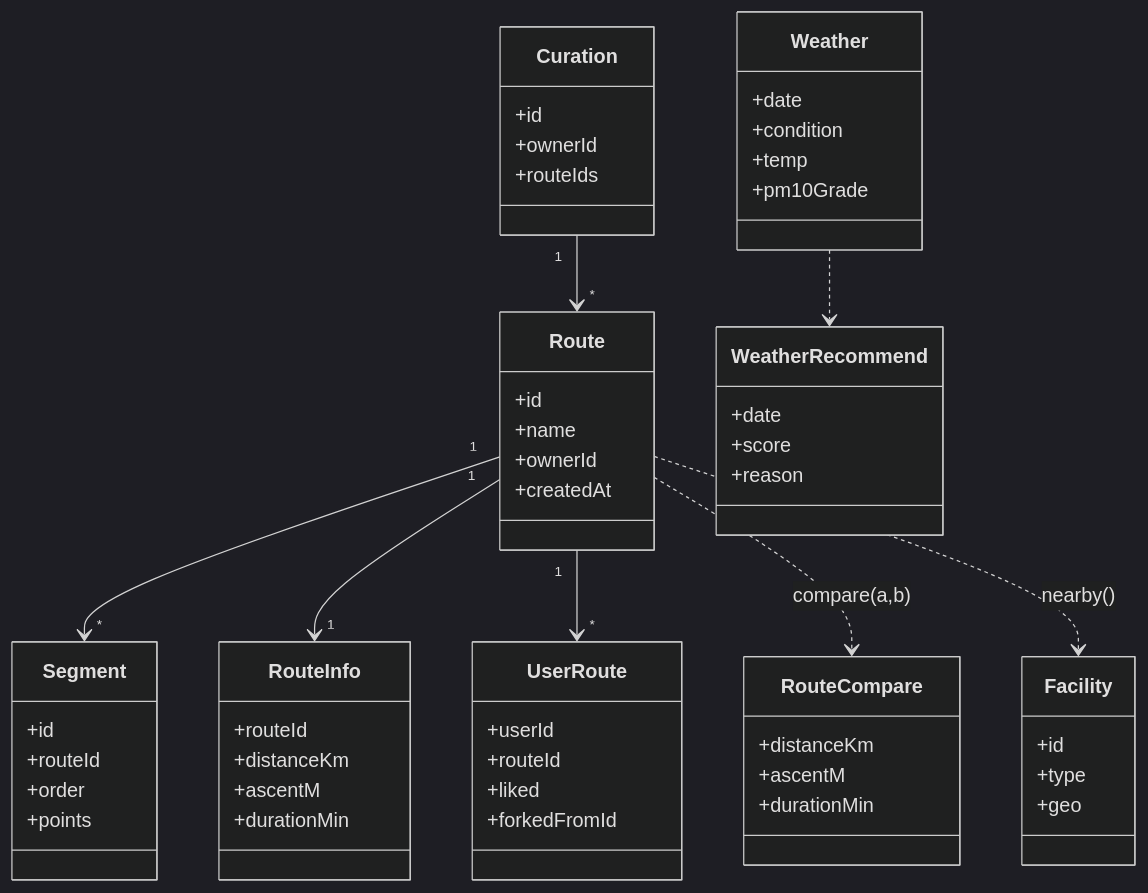
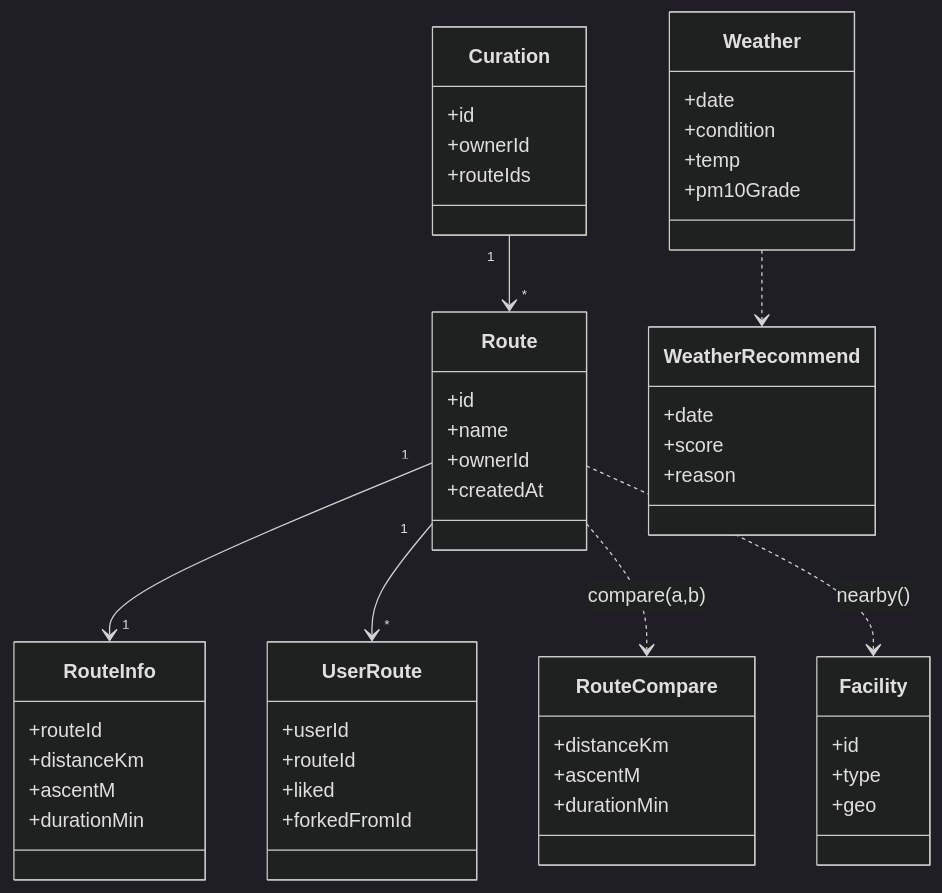
Before and after one commit to gomj-runnable/runnable2.0: the diagram in docs/wiki/3-Domain-Model.md, drawn with Mermaid (dark theme). The commit also changed other lines of this file and 31 other files, not shown here.

````diff
--- a/docs/wiki/3-Domain-Model.md
+++ b/docs/wiki/3-Domain-Model.md
@@ -53,60 +52,53 @@
 ```mermaid
 classDiagram
     class Route {
       +id
       +name
       +ownerId
       +createdAt
-    }
-    class Segment {
-      +id
-      +routeId
-      +order
-      +points
     }
     class RouteInfo {
       +routeId
       +distanceKm
       +ascentM
       +durationMin
     }
     class RouteCompare {
       +distanceKm
       +ascentM
       +durationMin
     }
     class UserRoute {
       +userId
       +routeId
       +liked
       +forkedFromId
     }
     class Facility {
       +id
       +type
       +geo
     }
     class Curation {
       +id
       +ownerId
       +routeIds
     }
     class Weather {
       +date
       +condition
       +temp
       +pm10Grade
     }
     class WeatherRecommend {
       +date
       +score
       +reason
     }
-    Route "1" --> "*" Segment
     Route "1" --> "1" RouteInfo
     Route "1" --> "*" UserRoute
     Route ..> RouteCompare : compare(a,b)
     Curation "1" --> "*" Route
     Route ..> Facility : nearby()
     Weather ..> WeatherRecommend
 ```
````
